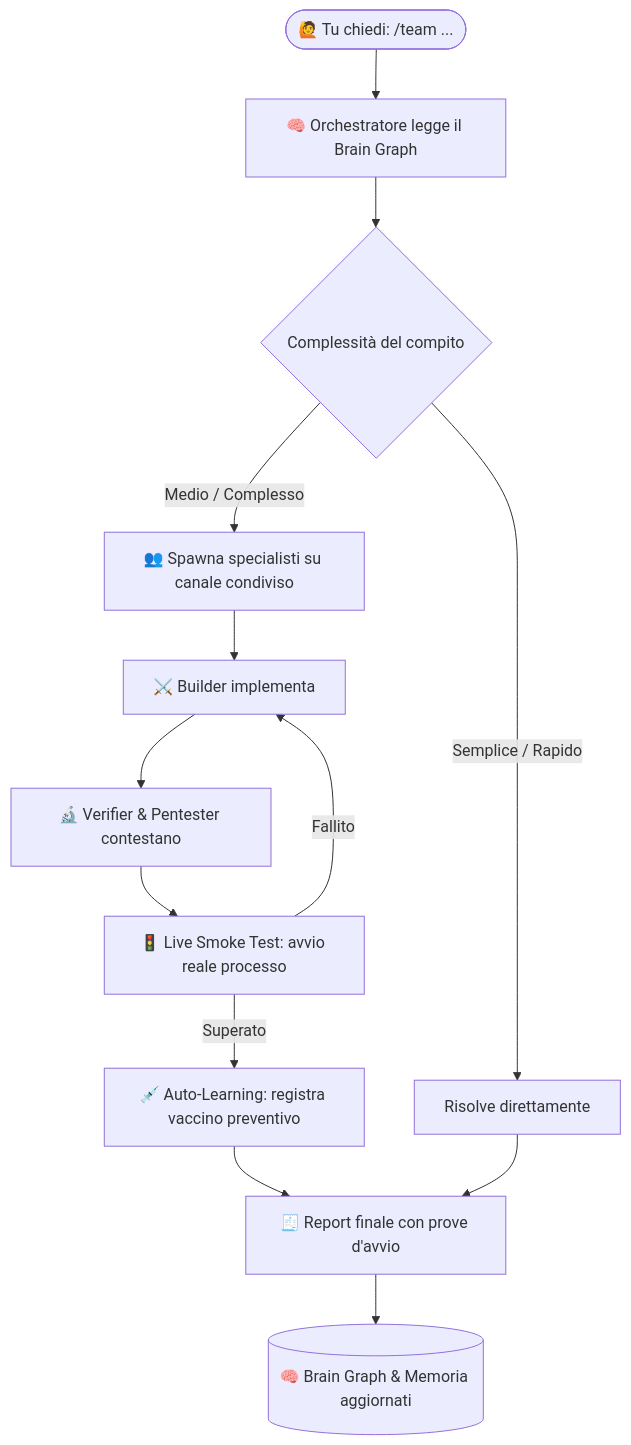
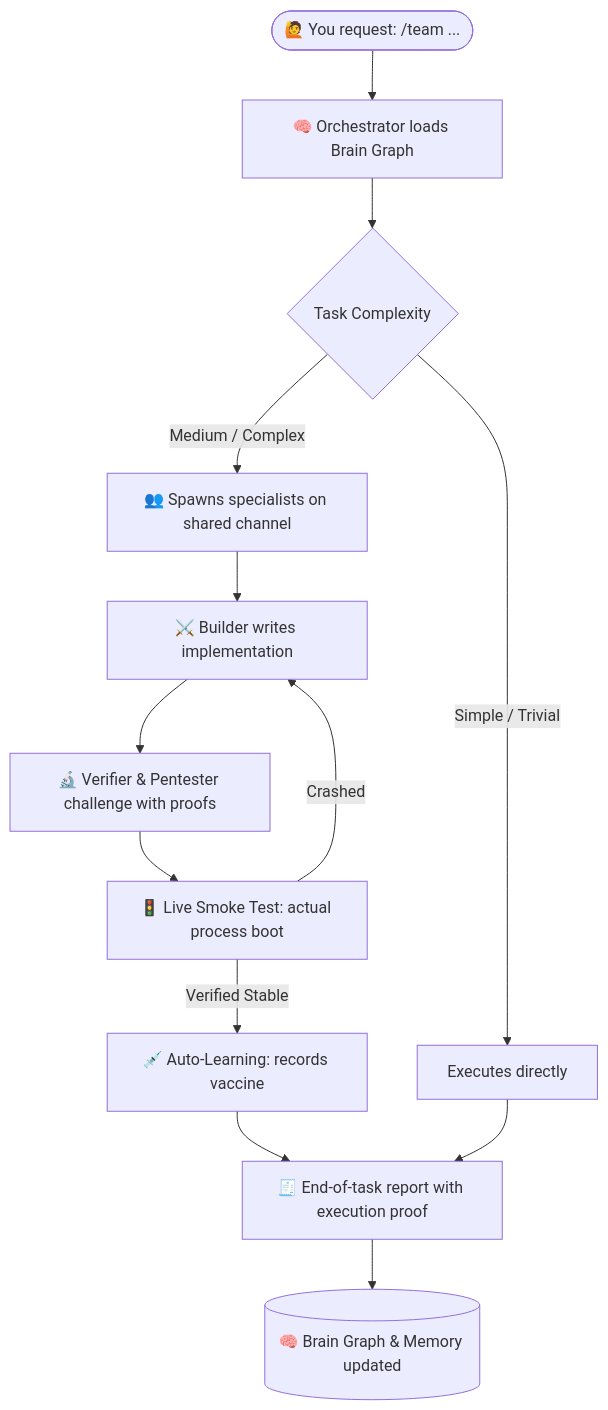
Before and after one commit to antoStr/team-workflow: the diagram in README.md, drawn with Mermaid. The commit also changed other lines of this file and 52 other files, not shown here.

````diff
--- a/README.md
+++ b/README.md
@@ -105,15 +107,15 @@
 ```mermaid
 flowchart TD
-    A([🙋 Tu chiedi: /team ...]) --> B[🧠 Orchestratore legge il Brain Graph]
-    B --> C{Complessità del compito}
-    C -- Semplice / Rapido --> D[Risolve direttamente]
-    C -- Medio / Complesso --> E[👥 Spawna specialisti su canale condiviso]
-    E --> F[⚔️ Builder implementa]
-    F --> G[🔬 Verifier & Pentester contestano]
-    G --> H[🚦 Live Smoke Test: avvio reale processo]
-    H -- Fallito --> F
-    H -- Superato --> I[💉 Auto-Learning: registra vaccino preventivo]
-    I --> J[🧾 Report finale con prove d'avvio]
+    A([🙋 You request: /team ...]) --> B[🧠 Orchestrator loads Brain Graph]
+    B --> C{Task Complexity}
+    C -- Simple / Trivial --> D[Executes directly]
+    C -- Medium / Complex --> E[👥 Spawns specialists on shared channel]
+    E --> F[⚔️ Builder writes implementation]
+    F --> G[🔬 Verifier & Pentester challenge with proofs]
+    G --> H[🚦 Live Smoke Test: actual process boot]
+    H -- Crashed --> F
+    H -- Verified Stable --> I[💉 Auto-Learning: records vaccine]
+    I --> J[🧾 End-of-task report with execution proof]
     D --> J
-    J --> K[(🧠 Brain Graph & Memoria aggiornati)]
+    J --> K[(🧠 Brain Graph & Memory updated)]
 ```
````
